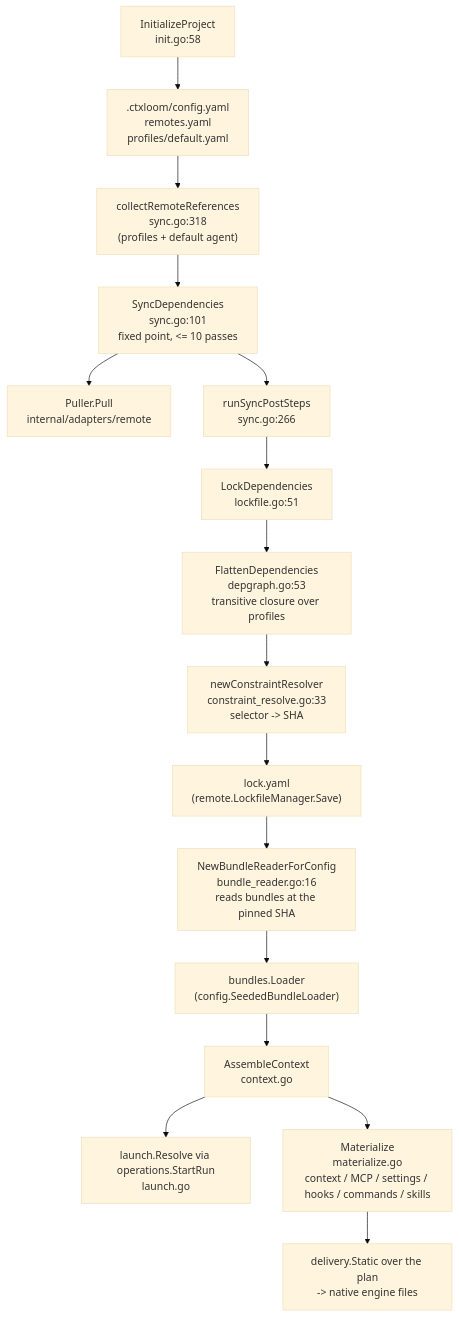
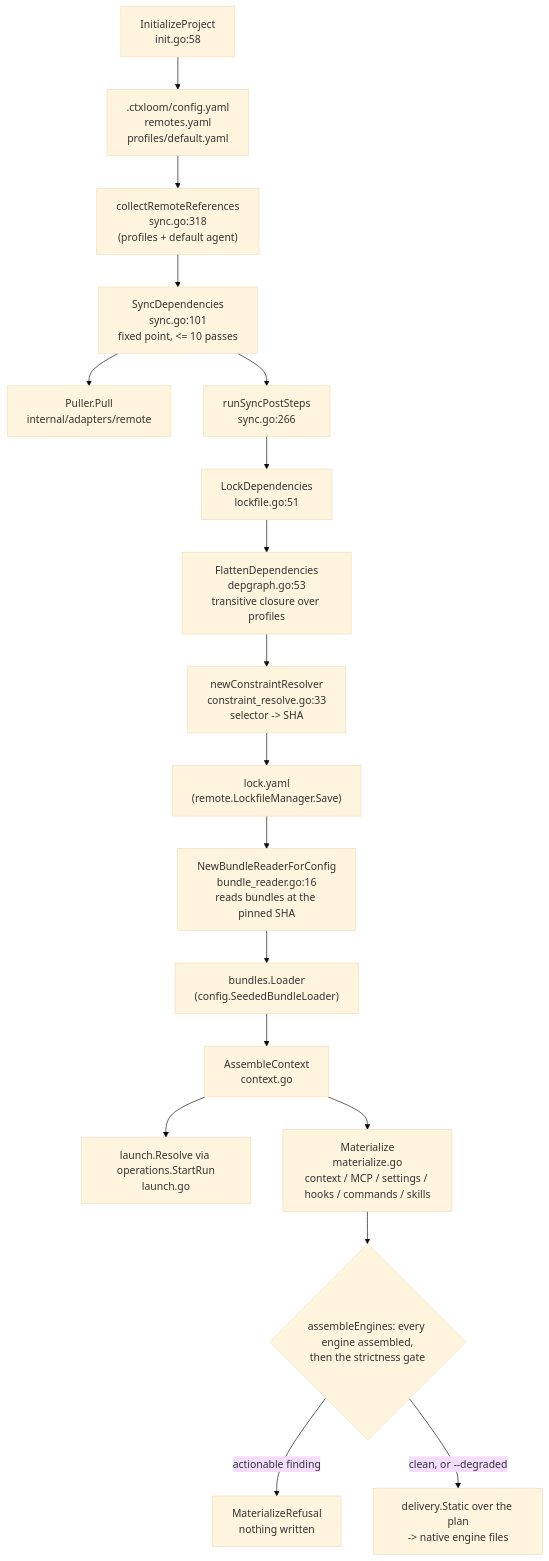
One commit to ctxloom/ctxloom changed the first of 2 diagrams in docs/architecture/core/operations.md. Above: the diagram before and after it, drawn with Mermaid (base theme). The commit also changed other lines of this file and 33 other files, not shown here.

````diff
--- a/docs/architecture/core/operations.md
+++ b/docs/architecture/core/operations.md
@@ -48,23 +48,25 @@
 ```mermaid
 flowchart TD
     INIT["InitializeProject<br/>init.go:58"] --> CFG[".ctxloom/config.yaml<br/>remotes.yaml<br/>profiles/default.yaml"]
 
     CFG --> COLLECT["collectRemoteReferences<br/>sync.go:318<br/>(profiles + default agent)"]
     COLLECT --> SYNC["SyncDependencies<br/>sync.go:101<br/>fixed point, <= 10 passes"]
     SYNC --> PULL["Puller.Pull<br/>internal/adapters/remote"]
     SYNC --> POST["runSyncPostSteps<br/>sync.go:266"]
 
     POST --> LOCKSTEP["LockDependencies<br/>lockfile.go:51"]
     LOCKSTEP --> FLAT["FlattenDependencies<br/>depgraph.go:53<br/>transitive closure over profiles"]
     FLAT --> CONSTRAINT["newConstraintResolver<br/>constraint_resolve.go:33<br/>selector -> SHA"]
     CONSTRAINT --> LOCK["lock.yaml<br/>(remote.LockfileManager.Save)"]
 
     LOCK --> READER["NewBundleReaderForConfig<br/>bundle_reader.go:16<br/>reads bundles at the pinned SHA"]
     READER --> LOADER["bundles.Loader<br/>(config.SeededBundleLoader)"]
 
     LOADER --> ASM["AssembleContext<br/>context.go"]
 
     ASM --> RUN["launch.Resolve via operations.StartRun<br/>launch.go"]
     ASM --> MAT["Materialize<br/>materialize.go<br/>context / MCP / settings / hooks / commands / skills"]
-    MAT --> SURF["delivery.Static over the plan<br/>-> native engine files"]
+    MAT --> GATE{"assembleEngines: every engine assembled,<br/>then the strictness gate"}
+    GATE -->|"actionable finding"| REF["MaterializeRefusal<br/>nothing written"]
+    GATE -->|"clean, or --degraded"| SURF["delivery.Static over the plan<br/>-> native engine files"]
 ```
````
